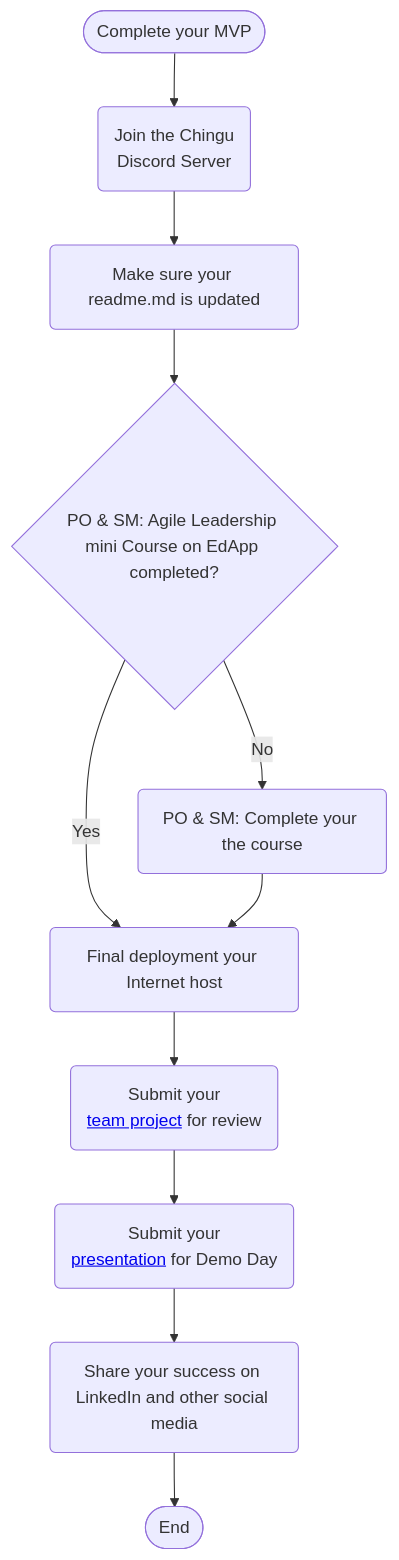
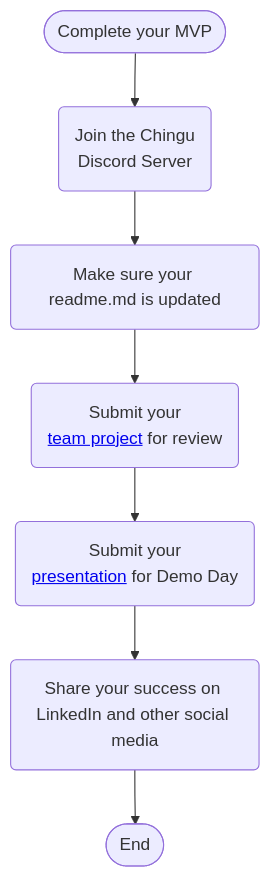
Before and after one commit to chingu-voyages/Handbook: the second of 2 diagrams in docs/guides/voyage/voyage.md, drawn with Mermaid.

Commit message:
Feature: Remove requirement for PO's & SM's to complete EdApp course

````diff
--- a/docs/guides/voyage/voyage.md
+++ b/docs/guides/voyage/voyage.md
@@ -578,13 +578,9 @@
   ```mermaid
 flowchart TB
    A(["Complete your MVP"]) --> B(Join the Chingu</br>Discord Server);
    B --> C(Make sure your readme.md is updated);
-   C --> D{PO & SM: Agile Leadership mini Course on EdApp completed?};
-   D -- Yes --> E(Final deployment your Internet host);
-   D -- No --> F(PO & SM: Complete your the course);
-   F --> E;
-   E --> H(Submit your</br><a href='https://airtable.com/appfnDw1vdrDWJ4SB/pagh69S4fm4xLR5yW/form' target='_blank'>team project</a> for review);
+   C --> H(Submit your</br><a href='https://airtable.com/appfnDw1vdrDWJ4SB/pagh69S4fm4xLR5yW/form' target='_blank'>team project</a> for review);
    H --> I(Submit your</br><a href='https://docs.google.com/forms/d/1U9WxiY4QSSkIwYJTDyHQBV02NSzvi0Lj_3wWo9GlLrM/' target='_blank'>presentation</a> for Demo Day);
    I --> J(Share your success on LinkedIn and other social media);
    J --> Z([End]);
 ```
````
